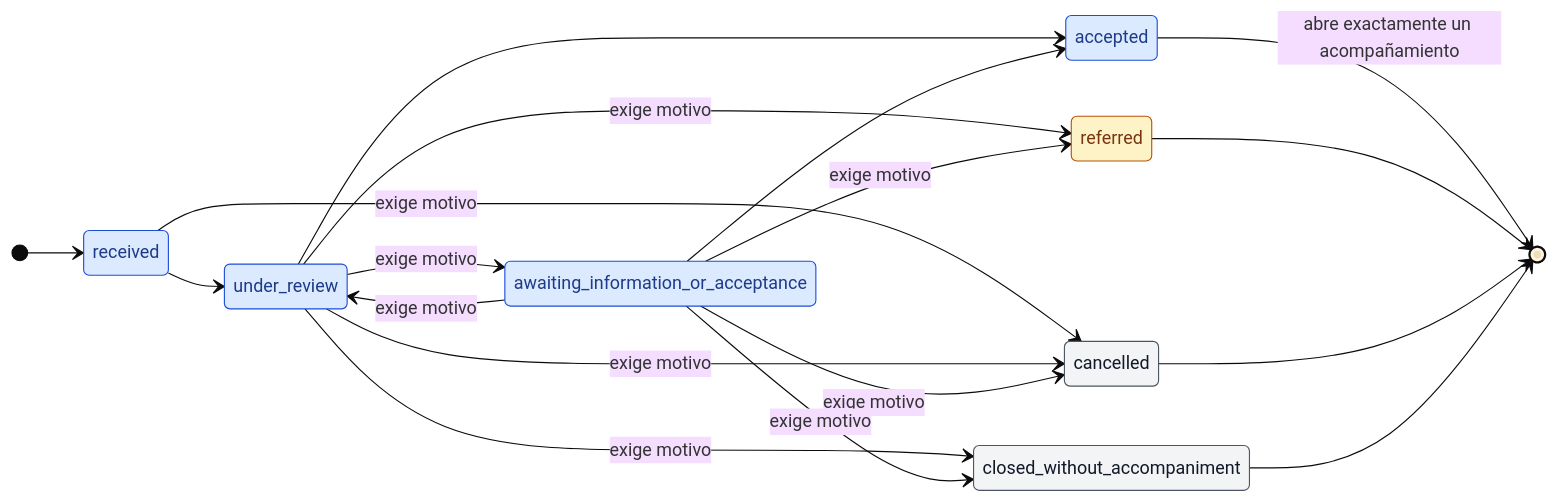
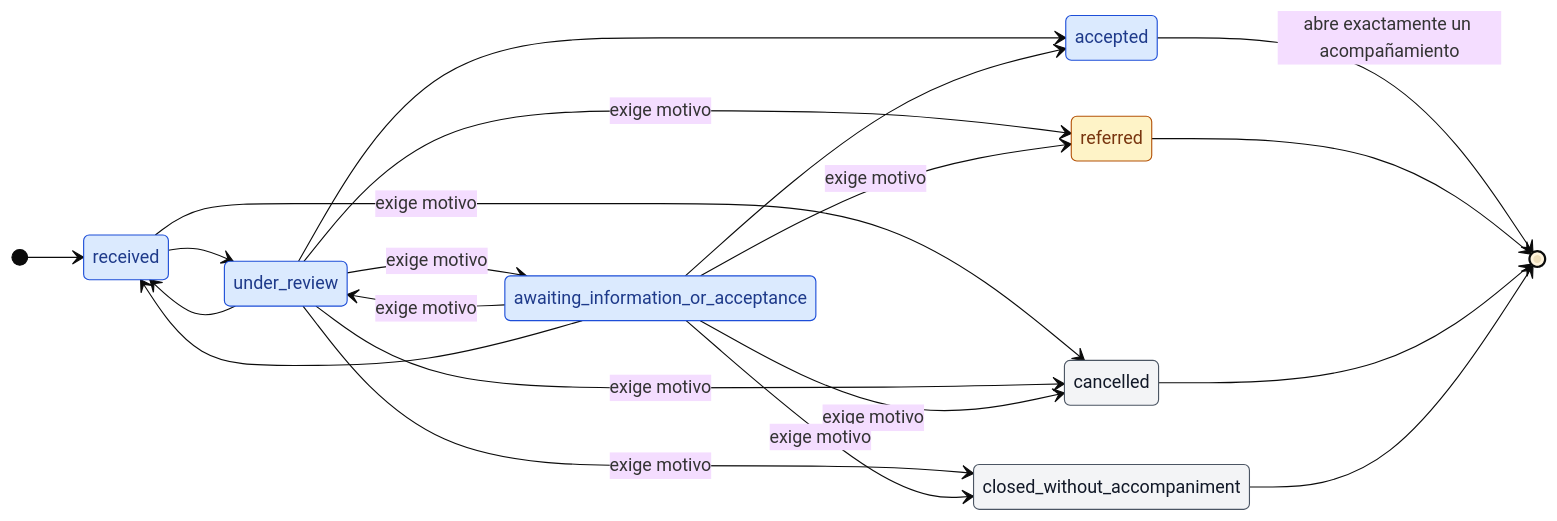
Before and after one commit to FernandoValdes01/ceretime: the diagram in convex/domain/requests/state-model.md, drawn with Mermaid (base theme). The commit also changed other lines of this file and 47 other files, not shown here.

````diff
--- a/convex/domain/requests/state-model.md
+++ b/convex/domain/requests/state-model.md
@@ -7,33 +7,35 @@
 ```mermaid
 stateDiagram-v2
     direction LR
 
     [*] --> received
 
     received --> under_review
     under_review --> awaiting_information_or_acceptance : exige motivo
     under_review --> accepted
     awaiting_information_or_acceptance --> accepted
     awaiting_information_or_acceptance --> under_review : exige motivo
+    under_review --> received
+    awaiting_information_or_acceptance --> received
 
     received --> cancelled : exige motivo
     under_review --> cancelled : exige motivo
     awaiting_information_or_acceptance --> cancelled : exige motivo
     under_review --> closed_without_accompaniment : exige motivo
     awaiting_information_or_acceptance --> closed_without_accompaniment : exige motivo
 
     under_review --> referred : exige motivo
     awaiting_information_or_acceptance --> referred : exige motivo
 
     accepted --> [*] : abre exactamente un acompañamiento
     referred --> [*]
     cancelled --> [*]
     closed_without_accompaniment --> [*]
 
     classDef sprint1 fill:#dbeafe,stroke:#1d4ed8,color:#1e3a8a
     classDef closure fill:#f3f4f6,stroke:#4b5563,color:#111827
     classDef referral fill:#fef3c7,stroke:#b45309,color:#78350f
     class received,under_review,awaiting_information_or_acceptance,accepted sprint1
     class closed_without_accompaniment,cancelled closure
     class referred referral
 ```
````
